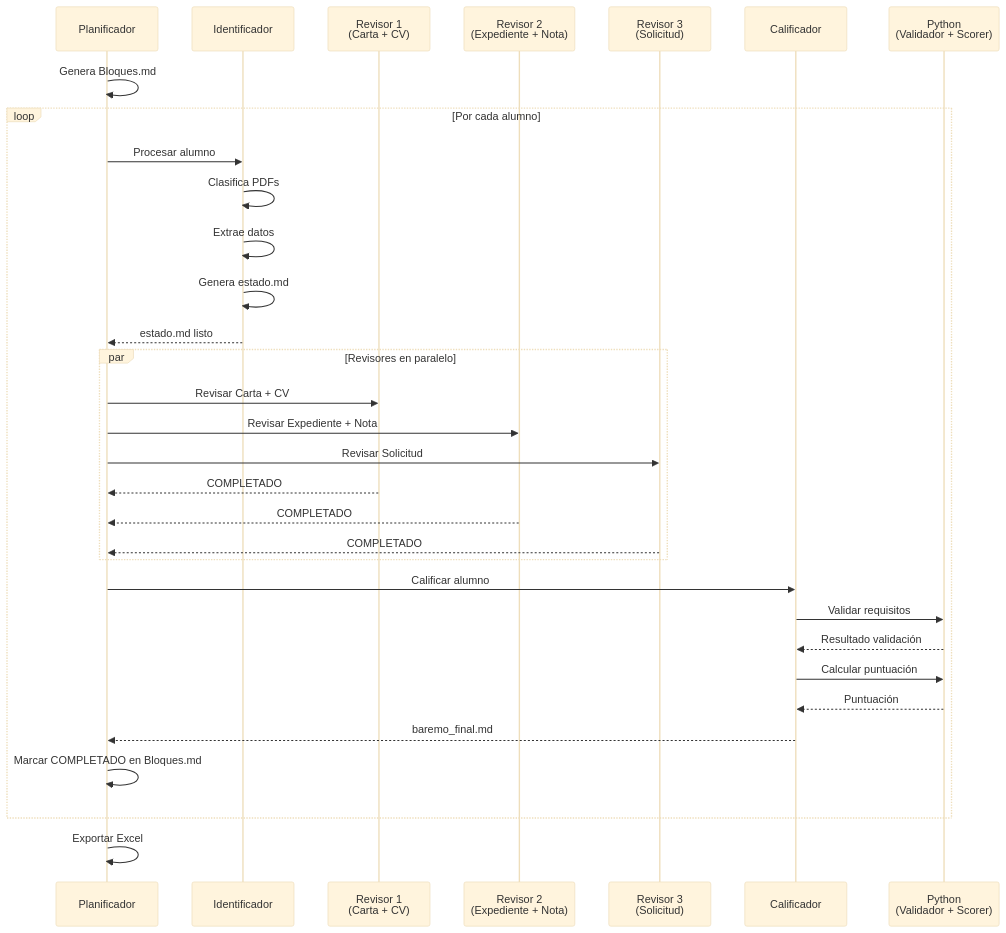
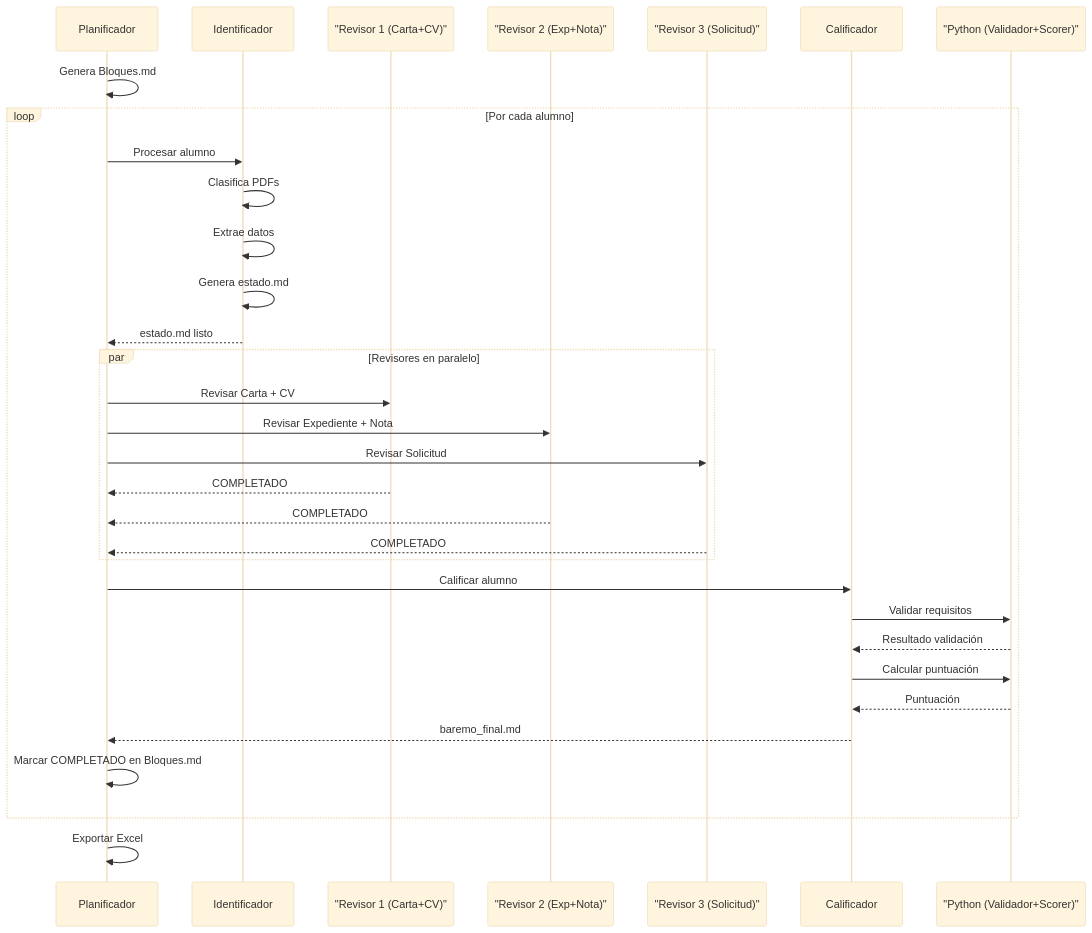
The second of 2 diagrams in README.md (martinhnandezfnandez-code/sistema-de-baremado), drawn with Mermaid (base theme) before and after one commit. The commit also changed other lines of this file, not shown here.

Commit message:
fix: mermaid syntax in README - remove HTML br tags

````diff
--- a/README.md
+++ b/README.md
@@ -58,38 +58,38 @@
 ```mermaid
 sequenceDiagram
     participant P as Planificador
     participant I as Identificador
-    participant R1 as Revisor 1<br/>(Carta + CV)
-    participant R2 as Revisor 2<br/>(Expediente + Nota)
-    participant R3 as Revisor 3<br/>(Solicitud)
+    participant R1 as "Revisor 1 (Carta+CV)"
+    participant R2 as "Revisor 2 (Exp+Nota)"
+    participant R3 as "Revisor 3 (Solicitud)"
     participant C as Calificador
-    participant Py as Python<br/>(Validador + Scorer)
+    participant Py as "Python (Validador+Scorer)"
 
     P->>P: Genera Bloques.md
     loop Por cada alumno
         P->>I: Procesar alumno
         I->>I: Clasifica PDFs
         I->>I: Extrae datos
         I->>I: Genera estado.md
         I-->>P: estado.md listo
 
         par Revisores en paralelo
             P->>R1: Revisar Carta + CV
             P->>R2: Revisar Expediente + Nota
             P->>R3: Revisar Solicitud
             R1-->>P: COMPLETADO
             R2-->>P: COMPLETADO
             R3-->>P: COMPLETADO
         end
 
         P->>C: Calificar alumno
         C->>Py: Validar requisitos
         Py-->>C: Resultado validación
         C->>Py: Calcular puntuación
         Py-->>C: Puntuación
         C-->>P: baremo_final.md
 
         P->>P: Marcar COMPLETADO en Bloques.md
     end
     P->>P: Exportar Excel
 ```
````
